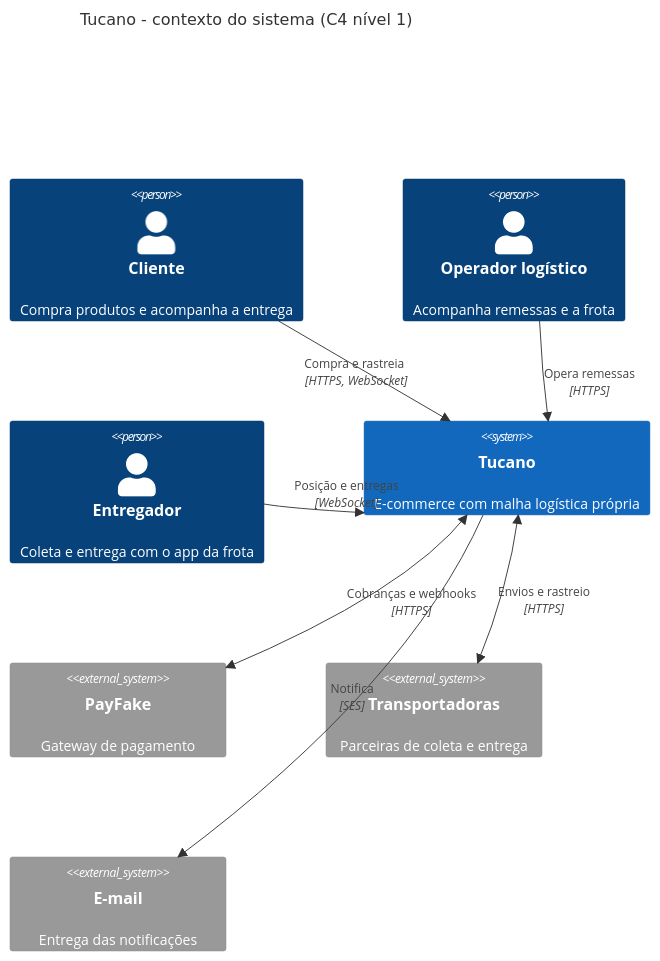
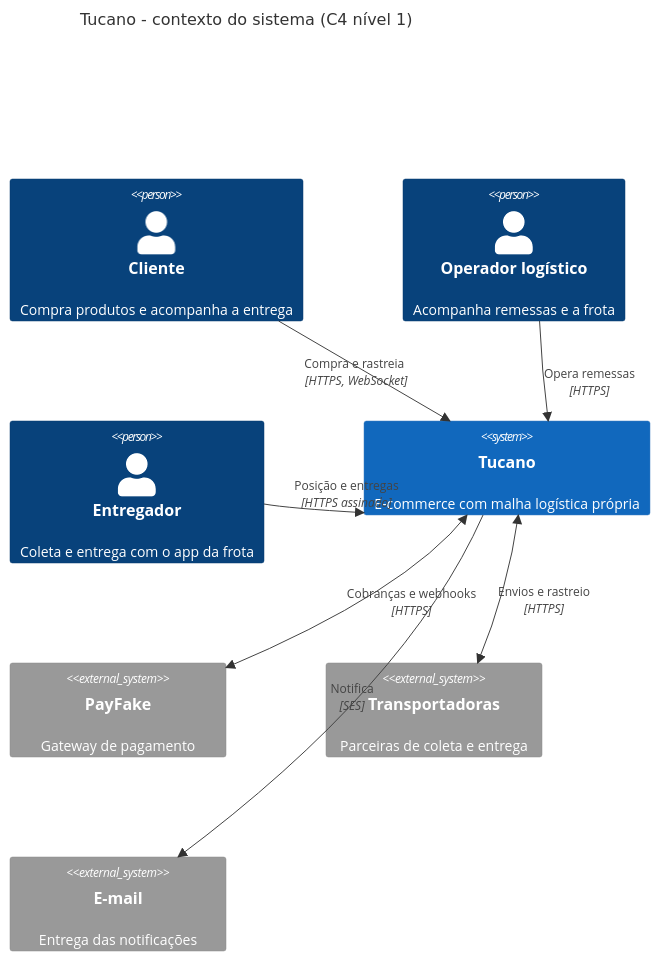
Before and after one commit to flaviotinococoutinho/Tucano_vibe_chaos: the first of 3 diagrams in docs/architecture/README.md, drawn with Mermaid. The commit also changed other lines of this file and 11 other files, not shown here.

First line of the commit message:
docs: tell the live delivery across the architecture and the guide

````diff
--- a/docs/architecture/README.md
+++ b/docs/architecture/README.md
@@ -17,25 +17,25 @@
 ```mermaid
 C4Context
   title Tucano - contexto do sistema (C4 nível 1)
 
   Person(customer, "Cliente", "Compra produtos e acompanha a entrega")
   Person(operator, "Operador logístico", "Acompanha remessas e a frota")
   Person(courier, "Entregador", "Coleta e entrega com o app da frota")
 
   System(tucano, "Tucano", "E-commerce com malha logística própria")
 
   System_Ext(psp, "PayFake", "Gateway de pagamento")
   System_Ext(carriers, "Transportadoras", "Parceiras de coleta e entrega")
   System_Ext(email, "E-mail", "Entrega das notificações")
 
   Rel(customer, tucano, "Compra e rastreia", "HTTPS, WebSocket")
   Rel(operator, tucano, "Opera remessas", "HTTPS")
-  Rel(courier, tucano, "Posição e entregas", "WebSocket")
+  Rel(courier, tucano, "Posição e entregas", "HTTPS assinado")
   BiRel(tucano, psp, "Cobranças e webhooks", "HTTPS")
   BiRel(tucano, carriers, "Envios e rastreio", "HTTPS")
   Rel(tucano, email, "Notifica", "SES")
 
   UpdateRelStyle(customer, tucano, $offsetX="-60", $offsetY="-10")
   UpdateRelStyle(courier, tucano, $offsetX="-20", $offsetY="-25")
   UpdateLayoutConfig($c4ShapeInRow="3", $c4BoundaryInRow="1")
 ```
````
